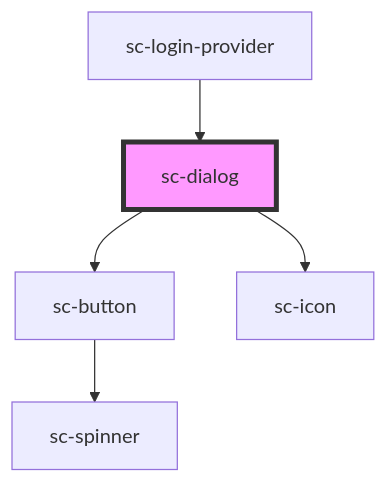
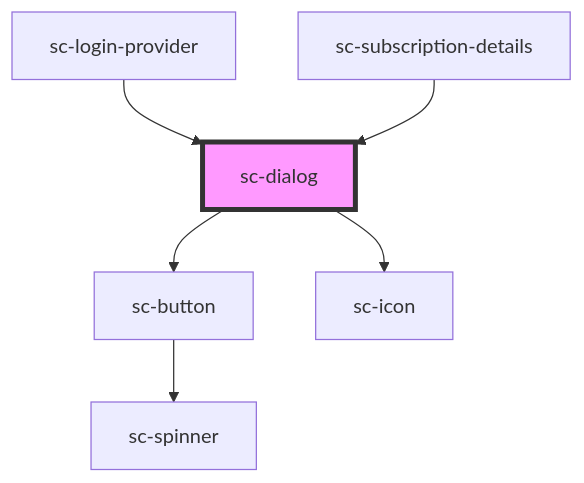
Before and after one commit to surecart/surecart-wp-plugin: the diagram in packages/components/src/components/ui/sc-dialog/readme.md, drawn with Mermaid. The commit also changed other lines of this file and 15 other files, not shown here.

````diff
--- a/packages/components/src/components/ui/sc-dialog/readme.md
+++ b/packages/components/src/components/ui/sc-dialog/readme.md
@@ -55,8 +56,9 @@
 ```mermaid
 graph TD;
   sc-dialog --> sc-button
   sc-dialog --> sc-icon
   sc-button --> sc-spinner
   sc-login-provider --> sc-dialog
+  sc-subscription-details --> sc-dialog
   style sc-dialog fill:#f9f,stroke:#333,stroke-width:4px
 ```
````
